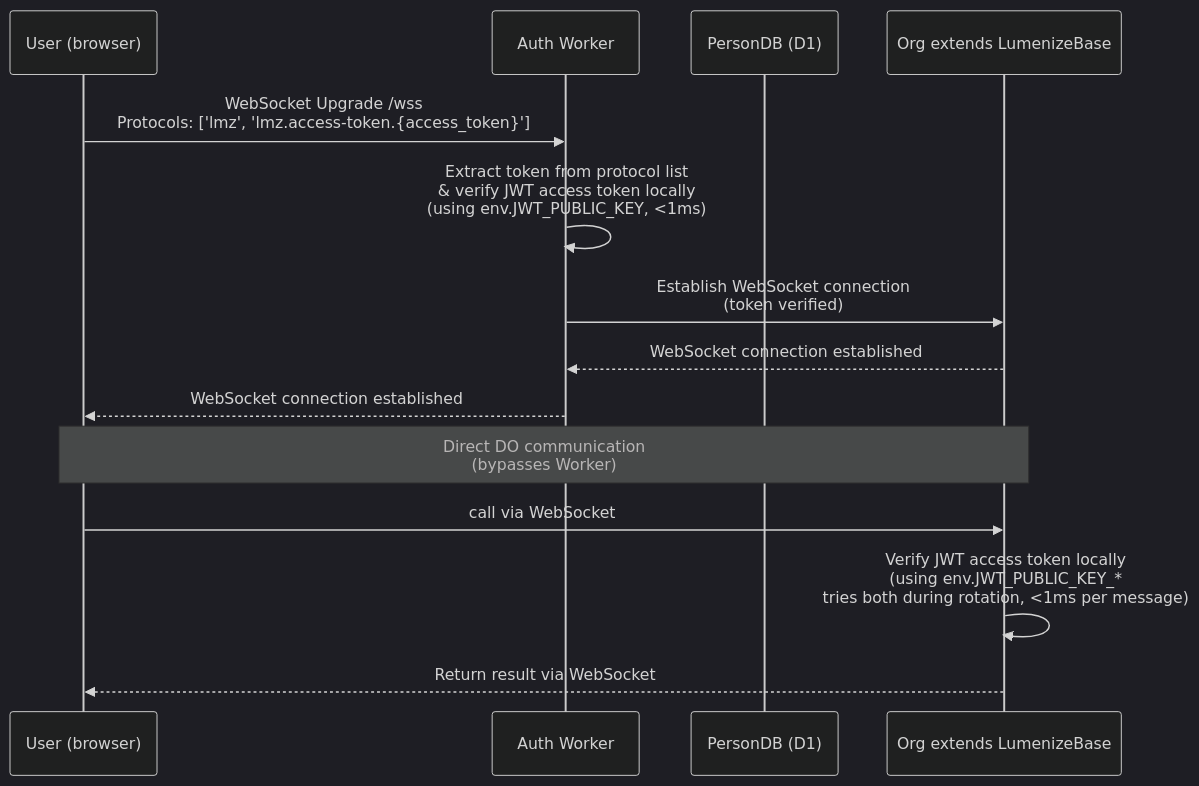
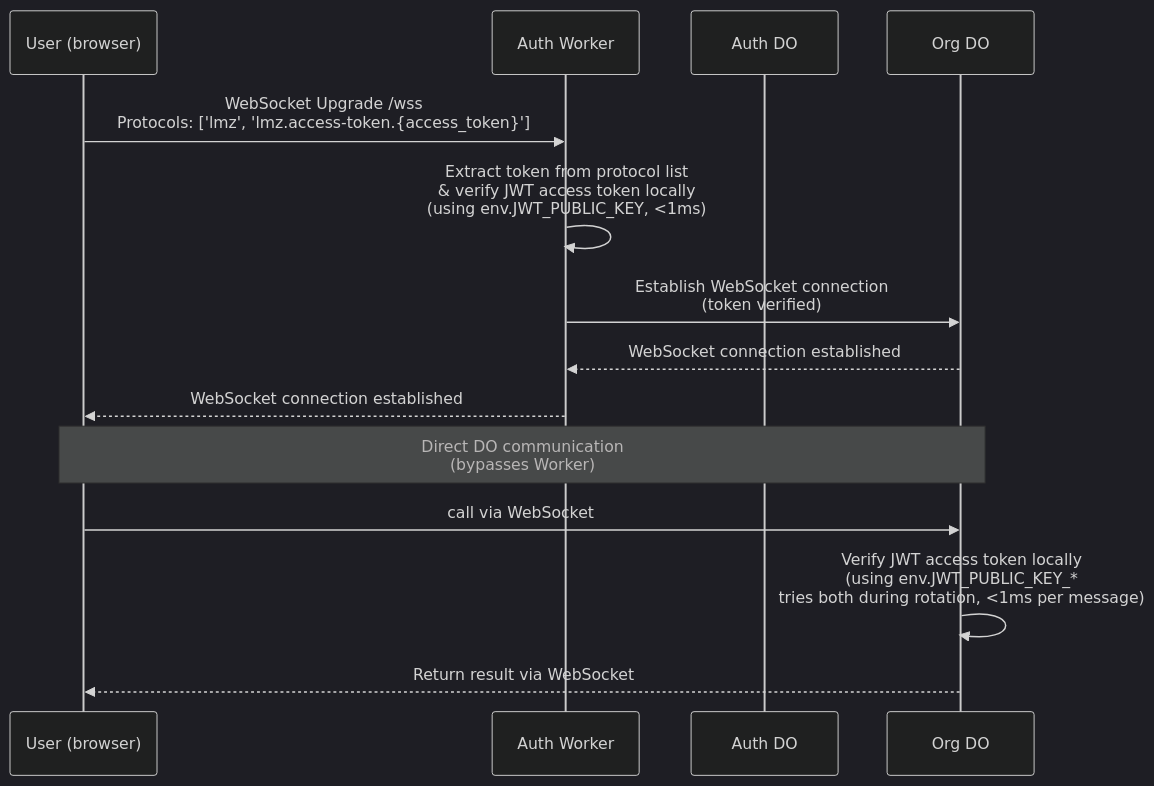
The third of 4 diagrams in tasks/auth.md (lumenize/lumenize), drawn with Mermaid (dark theme) before and after one commit. The commit also changed other lines of this file and 23 other files, not shown here.

First line of the commit message:
feat: @lumenize/auth package (WIP - needs validation with LumenizeClient)

````diff
--- a/tasks/auth.md
+++ b/tasks/auth.md
@@ -81,19 +195,19 @@
 ```mermaid
 sequenceDiagram
     participant User as User (browser)
     participant AuthWorker as Auth Worker
-    participant PersonDB as PersonDB (D1)
-    participant Org as Org extends LumenizeBase
+    participant AuthDO as Auth DO
+    participant Org as Org DO
 
     User->>AuthWorker: WebSocket Upgrade /wss<br/>Protocols: ['lmz', 'lmz.access-token.{access_token}']
     AuthWorker->>AuthWorker: Extract token from protocol list<br/>& verify JWT access token locally<br/>(using env.JWT_PUBLIC_KEY, <1ms)
     AuthWorker->>Org: Establish WebSocket connection<br/>(token verified)
     Org-->>AuthWorker: WebSocket connection established
     AuthWorker-->>User: WebSocket connection established
 
     Note over User,Org: Direct DO communication<br/>(bypasses Worker)
 
     User->>Org: call via WebSocket
     Org->>Org: Verify JWT access token locally<br/>(using env.JWT_PUBLIC_KEY_*<br/>tries both during rotation, <1ms per message)
     Org-->>User: Return result via WebSocket
 ```
````
